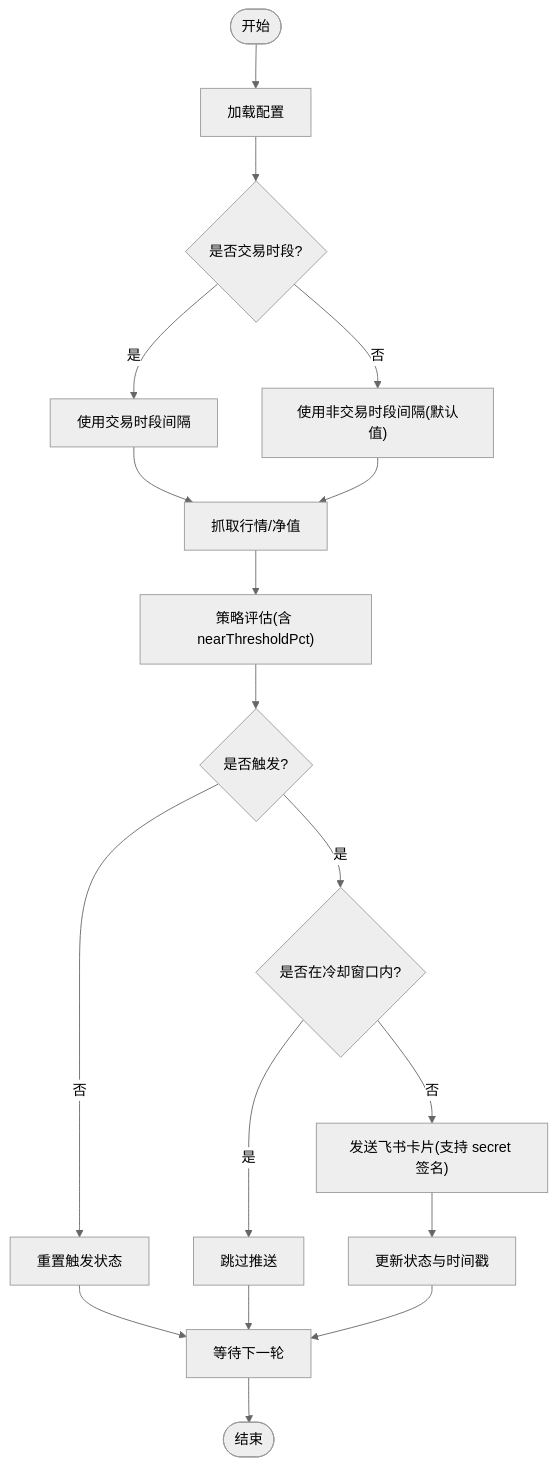
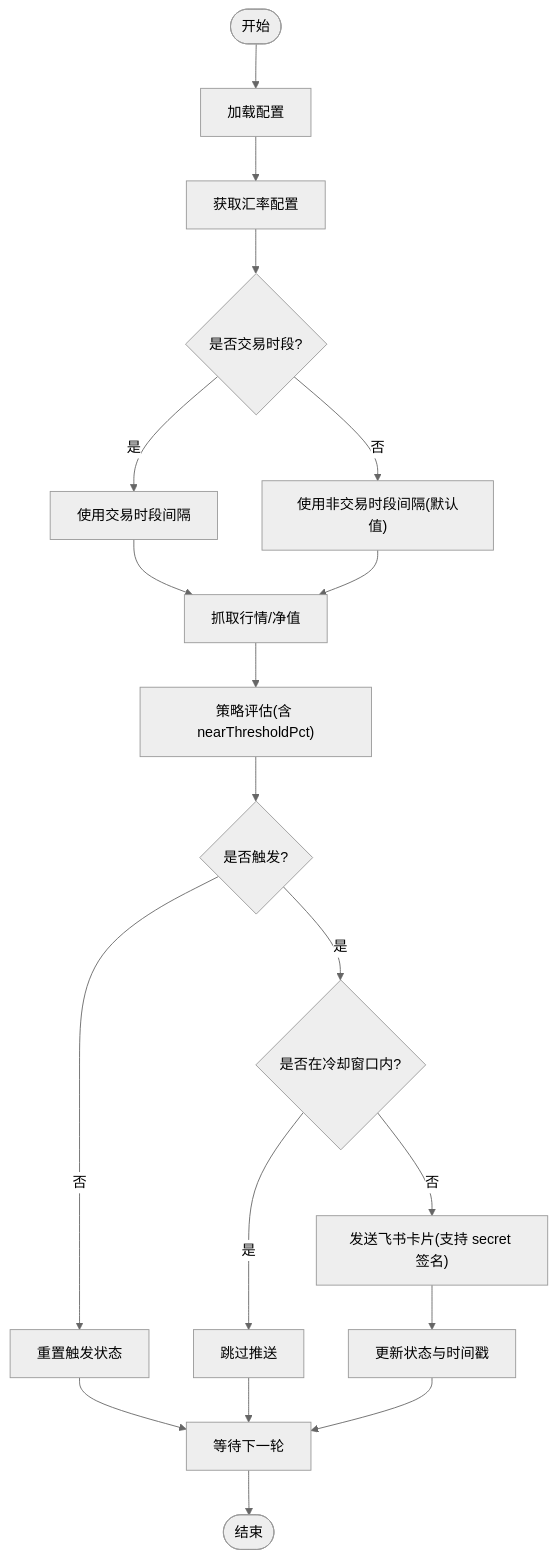
Before and after one commit to salenju/stock-advisor: the fourth of 5 diagrams in .qoder/repowiki/zh/content/后端服务/配置管理.md, drawn with Mermaid (neutral theme). The commit also changed other lines of this file and 45 other files, not shown here.

````diff
--- a/.qoder/repowiki/zh/content/后端服务/配置管理.md
+++ b/.qoder/repowiki/zh/content/后端服务/配置管理.md
@@ -205,20 +281,21 @@
 ```mermaid
 flowchart TD
 Start(["开始"]) --> LoadCfg["加载配置"]
-LoadCfg --> CheckMarket{"是否交易时段?"}
+LoadCfg --> GetRates["获取汇率配置"]
+GetRates --> CheckMarket{"是否交易时段?"}
 CheckMarket --> |是| UseTrading["使用交易时段间隔"]
 CheckMarket --> |否| UseOffHours["使用非交易时段间隔(默认值)"]
 UseTrading --> Fetch["抓取行情/净值"]
 UseOffHours --> Fetch
 Fetch --> Evaluate["策略评估(含 nearThresholdPct)"]
 Evaluate --> Trigger{"是否触发?"}
 Trigger --> |否| Reset["重置触发状态"]
 Trigger --> |是| Cooldown{"是否在冷却窗口内?"}
 Cooldown --> |是| Skip["跳过推送"]
 Cooldown --> |否| Notify["发送飞书卡片(支持 secret 签名)"]
 Notify --> Update["更新状态与时间戳"]
 Reset --> Next["等待下一轮"]
 Skip --> Next
 Update --> Next
 Next --> End(["结束"])
 ```
````
